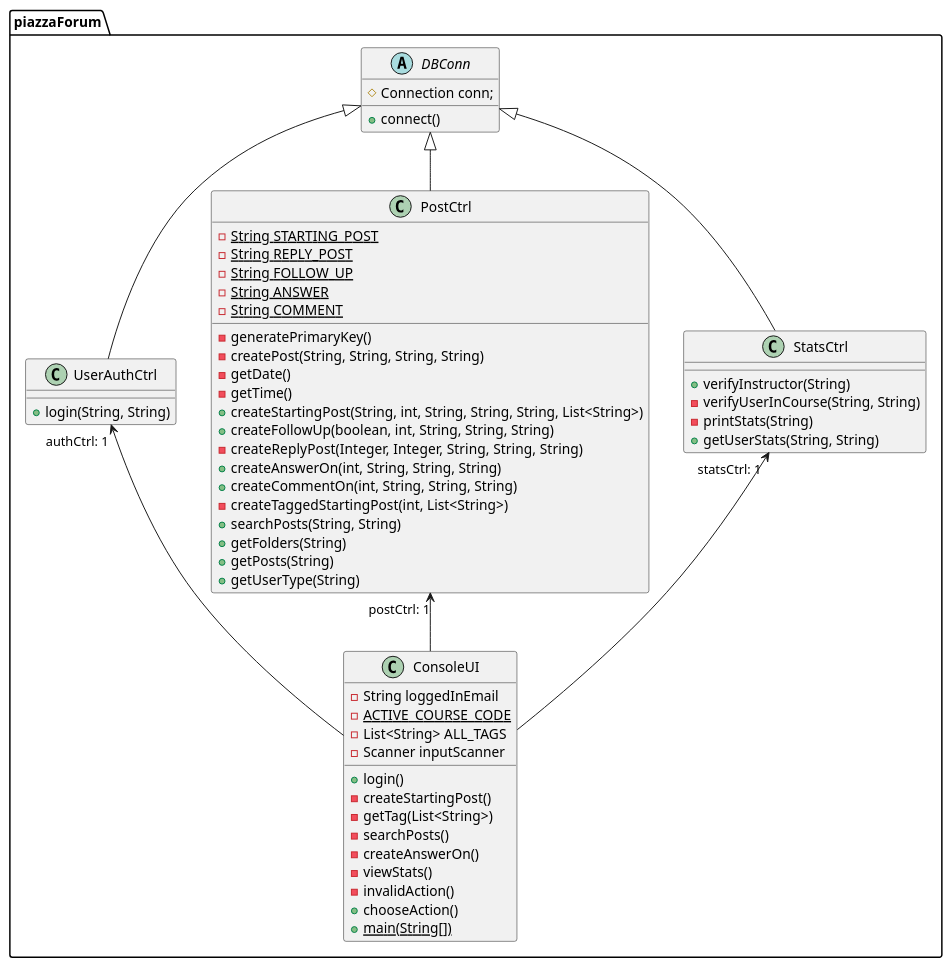
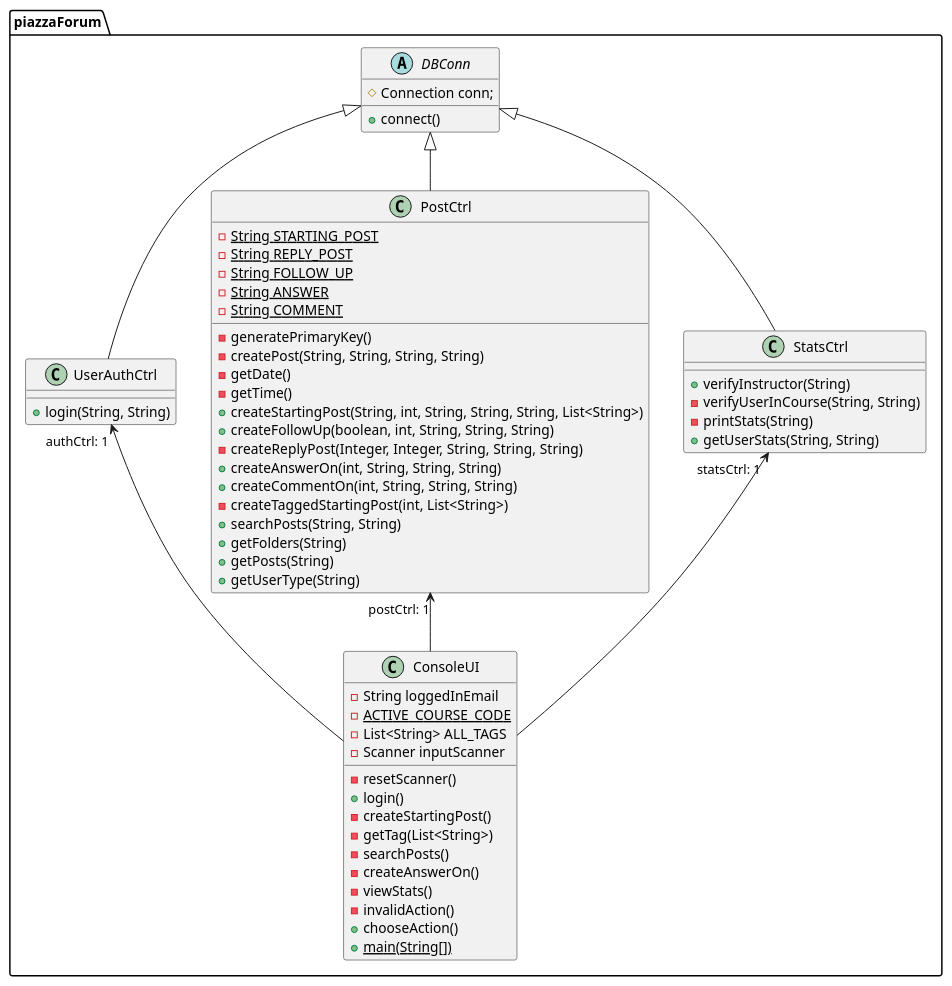
The diagram in Piazza/Documentations/ClassDiagram.puml (kavusiks/ForumDatabase), drawn with PlantUML before and after one commit. The commit also changed 4 other files, not shown here.

```diff
--- a/Piazza/Documentations/ClassDiagram.puml
+++ b/Piazza/Documentations/ClassDiagram.puml
@@ -1,74 +1,75 @@
 @startuml
 
 abstract class piazzaForum.DBConn
 class piazzaForum.UserAuthCtrl
 class piazzaForum.PostCtrl
 class piazzaForum.StatsCtrl
 class piazzaForum.ConsoleUI
 
 piazzaForum.DBConn <|-- piazzaForum.UserAuthCtrl
 piazzaForum.DBConn <|-- piazzaForum.StatsCtrl
 piazzaForum.DBConn <|-- piazzaForum.PostCtrl
 piazzaForum.UserAuthCtrl"authCtrl: 1"<--piazzaForum.ConsoleUI
 piazzaForum.PostCtrl"postCtrl: 1" <--piazzaForum.ConsoleUI
 piazzaForum.StatsCtrl"statsCtrl: 1"<--piazzaForum.ConsoleUI
 
 
 
 abstract class piazzaForum.DBConn {
 #Connection conn;
 +connect()
 }
 
 class piazzaForum.UserAuthCtrl {
 +login(String, String)
 }
 
 class piazzaForum.PostCtrl {
 -{static} String STARTING_POST
 -{static} String REPLY_POST
 -{static} String FOLLOW_UP
 -{static} String ANSWER
 -{static} String COMMENT
 -generatePrimaryKey()
 -createPost(String, String, String, String)
 -getDate()
 -getTime()
 +createStartingPost(String, int, String, String, String, List<String>)
 +createFollowUp(boolean, int, String, String, String)
 -createReplyPost(Integer, Integer, String, String, String)
 +createAnswerOn(int, String, String, String)
 +createCommentOn(int, String, String, String)
 -createTaggedStartingPost(int, List<String>)
 +searchPosts(String, String)
 +getFolders(String)
 +getPosts(String)
 +getUserType(String)
 }
 
 class piazzaForum.StatsCtrl {
 +verifyInstructor(String)
 -verifyUserInCourse(String, String)
 -printStats(String)
 +getUserStats(String, String)
 }
 
 class piazzaForum.ConsoleUI {
 -String loggedInEmail
 -{static}ACTIVE_COURSE_CODE
 -List<String> ALL_TAGS
 -Scanner inputScanner
+-resetScanner()
 +login()
 -createStartingPost()
 -getTag(List<String>)
 -searchPosts()
 -createAnswerOn()
 -viewStats()
 -invalidAction()
 +chooseAction()
 +{static}main(String[])
 }
 
 
 
 @enduml
```
